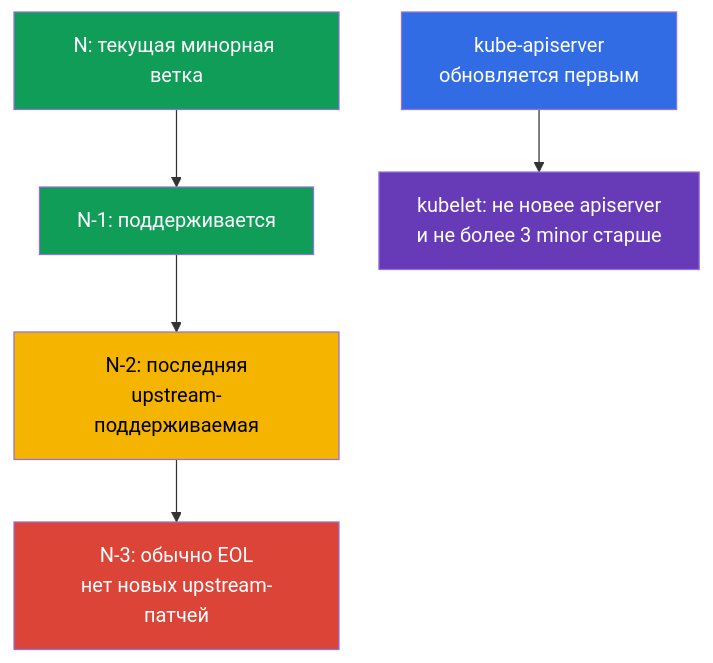
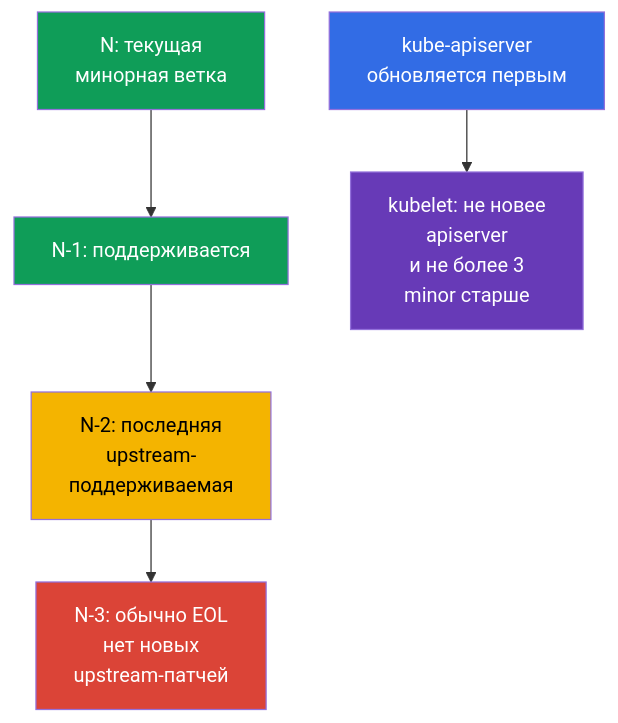
One commit to ViktorUJ/cks changed the second of 3 diagrams in tasks/cks/course/13/ru.md. Above: the diagram before and after it, drawn with Mermaid. The commit also changed other lines of this file and 38 other files, not shown here.

````diff
--- a/tasks/cks/course/13/ru.md
+++ b/tasks/cks/course/13/ru.md
@@ -81,11 +86,11 @@
 ```mermaid
 flowchart TB
-    n["N: текущая минорная ветка"] --> n1["N-1: поддерживается"] --> n2["N-2: последняя<br/>upstream-поддерживаемая"] --> n3["N-3: обычно EOL<br/>нет новых upstream-патчей"]
-    cp["kube-apiserver<br/>обновляется первым"] --> worker["kubelet: не новее apiserver<br/>и не более 3 minor старше"]
+    n["N: текущая<br/>минорная ветка"] --> n1["N-1: поддерживается"] --> n2["N-2: последняя<br/>upstream-<br/>поддерживаемая"] --> n3["N-3: обычно EOL<br/>нет новых<br/>upstream-патчей"]
+    cp["kube-apiserver<br/>обновляется первым"] --> worker["kubelet: не новее<br/>apiserver<br/>и не более 3<br/>minor старше"]
     style n fill:#0f9d58,color:#fff
     style n1 fill:#0f9d58,color:#fff
     style n2 fill:#f4b400,color:#000
     style n3 fill:#db4437,color:#fff
     style cp fill:#326ce5,color:#fff
     style worker fill:#673ab7,color:#fff
 ```
````
